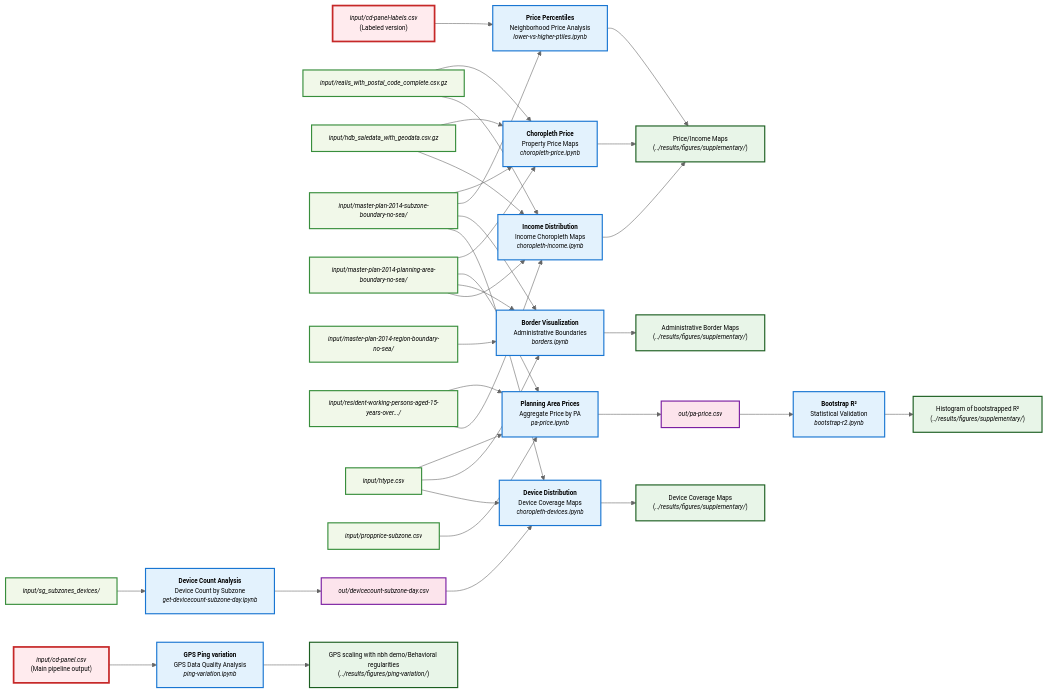
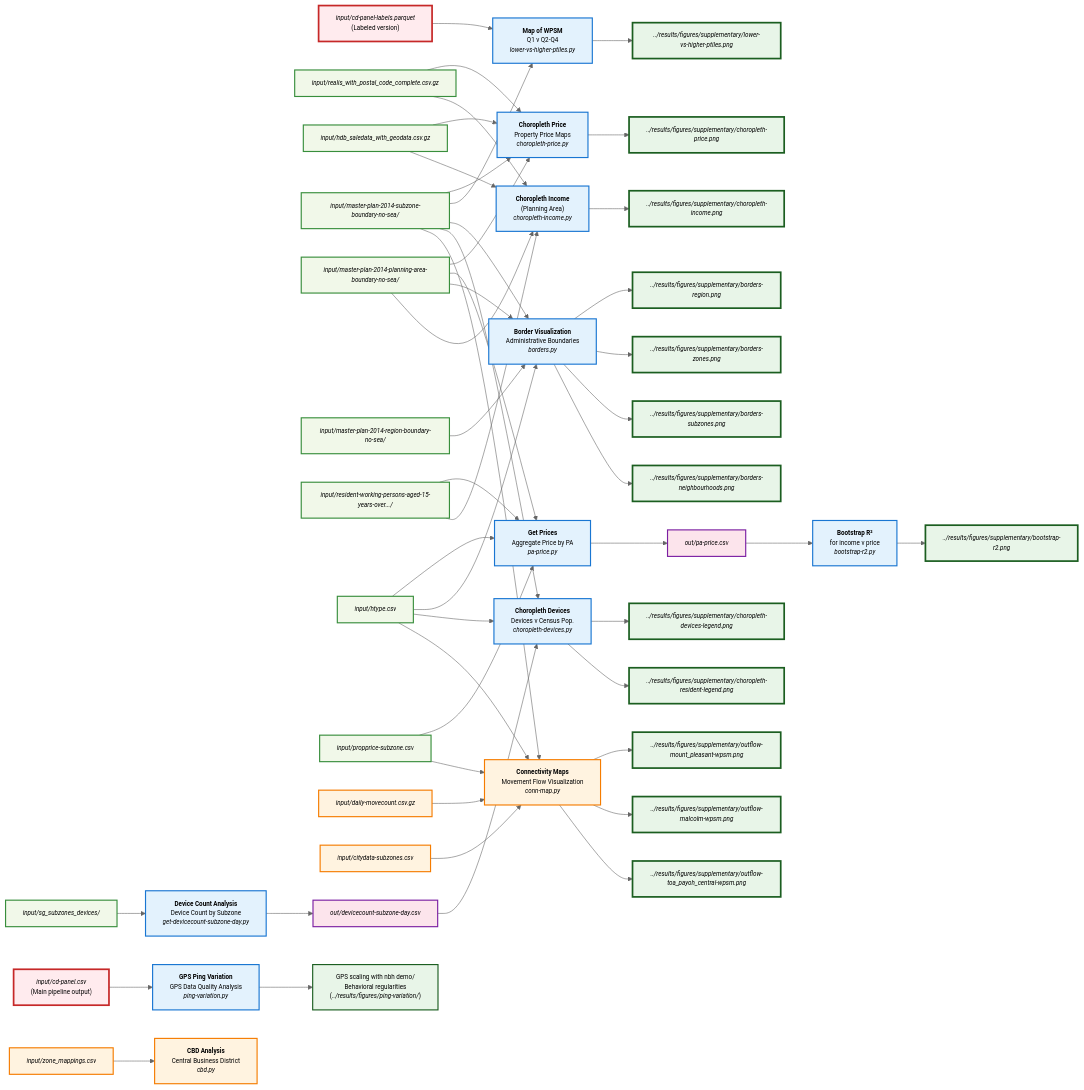
Before and after one commit to LSYS/nbhmv: the diagram in assets/geo.mmd, drawn with Mermaid (neutral theme). The commit also changed 181 other files, not shown here.

```diff
--- a/assets/geo.mmd
+++ b/assets/geo.mmd
@@ -1,101 +1,137 @@
 %%{init: {"flowchart": {"htmlLabels": true}}}%%
 graph LR
     %% Input Data Sources (all from input/ folder)
     CDPanel["<i>input/cd-panel.csv</i><br/>(Main pipeline output)"]
-    CDPanelLabeled["<i>input/cd-panel-labels.csv</i><br/>(Labeled version)"]
+    CDPanelLabeled["<i>input/cd-panel-labels.parquet</i><br/>(Labeled version)"]
     REALISData["<i>input/realis_with_postal_code_complete.csv.gz</i>"]
     HDBData["<i>input/hdb_saledata_with_geodata.csv.gz</i>"]
     SubzoneShapefiles["<i>input/master-plan-2014-subzone-boundary-no-sea/</i>"]
     PAShapefiles["<i>input/master-plan-2014-planning-area-boundary-no-sea/</i>"]
     RegionShapefiles["<i>input/master-plan-2014-region-boundary-no-sea/</i>"]
     IncomeData["<i>input/resident-working-persons-aged-15-years-over.../</i>"]
     HtypeData["<i>input/htype.csv</i>"]
     DeviceRaw["<i>input/sg_subzones_devices/</i>"]
     PropPriceData["<i>input/propprice-subzone.csv</i>"]
+    MovementData["<i>input/daily-movecount.csv.gz</i>"]
+    CityDataSubzones["<i>input/citydata-subzones.csv</i>"]
+    ZoneMappings["<i>input/zone_mappings.csv</i>"]
     
     %% Analysis Scripts (now .ipynb)
-    ChoroplethPrice["<b>Choropleth Price</b><br/>Property Price Maps<br/><i>choropleth-price.ipynb</i>"]
-    DeviceCount["<b>Device Count Analysis</b><br/>Device Count by Subzone<br/><i>get-devicecount-subzone-day.ipynb</i>"]
-    PricePercentiles["<b>Price Percentiles</b><br/>Neighborhood Price Analysis<br/><i>lower-vs-higher-ptiles.ipynb</i>"]
-    PAPrice["<b>Planning Area Prices</b><br/>Aggregate Price by PA<br/><i>pa-price.ipynb</i>"]
-    PingVariation["<b>GPS Ping variation</b><br/>GPS Data Quality Analysis<br/><i>ping-variation.ipynb</i>"]
-    BootstrapR2["<b>Bootstrap R²</b><br/>Statistical Validation<br/><i>bootstrap-r2.ipynb</i>"]
-    Borders["<b>Border Visualization</b><br/>Administrative Boundaries<br/><i>borders.ipynb</i>"]
-    ChoroplethDevices["<b>Device Distribution</b><br/>Device Coverage Maps<br/><i>choropleth-devices.ipynb</i>"]
-    ChoroplethIncome["<b>Income Distribution</b><br/>Income Choropleth Maps<br/><i>choropleth-income.ipynb</i>"]
+    ChoroplethPrice["<b>Choropleth Price</b><br/>Property Price Maps<br/><i>choropleth-price.py</i>"]
+    DeviceCount["<b>Device Count Analysis</b><br/>Device Count by Subzone<br/><i>get-devicecount-subzone-day.py</i>"]
+    PricePercentiles["<b>Map of WPSM</b><br/>Q1 v Q2-Q4<br/><i>lower-vs-higher-ptiles.py</i>"]
+    PAPrice["<b>Get Prices</b><br/>Aggregate Price by PA<br/><i>pa-price.py</i>"]
+    PingVariation["<b>GPS Ping Variation</b><br/>GPS Data Quality Analysis<br/><i>ping-variation.py</i>"]
+    BootstrapR2["<b>Bootstrap R²</b><br/>for income v price<br/><i>bootstrap-r2.py</i>"]
+    Borders["<b>Border Visualization</b><br/>Administrative Boundaries<br/><i>borders.py</i>"]
+    ChoroplethDevices["<b>Choropleth Devices</b><br/>Devices v Census Pop.<br/><i>choropleth-devices.py</i>"]
+    ChoroplethIncome["<b>Choropleth Income</b><br/>(Planning Area)<br/><i>choropleth-income.py</i>"]
+    ConnMap["<b>Connectivity Maps</b><br/>Movement Flow Visualization<br/><i>conn-map.py</i>"]
+    CBDAnalysis["<b>CBD Analysis</b><br/>Central Business District<br/><i>cbd.py</i>"]
     
     %% Output Files (to out/ folder)
     DeviceCountOutput["<i>out/devicecount-subzone-day.csv</i>"]
     PAPriceOutput["<i>out/pa-price.csv</i>"]
     
     %% Final Outputs (Figures to ../results/figures/)
-    PriceMaps["Price/Income Maps<br/>(<i>../results/figures/supplementary/</i>)"]
-    DeviceMaps["Device Coverage Maps<br/>(<i>../results/figures/supplementary/</i>)"]
-    StatisticalPlots["GPS scaling with nbh demo/Behavioral regularities<br/>(<i>../results/figures/ping-variation/</i>)"]
-    BorderMaps["Administrative Border Maps<br/>(<i>../results/figures/supplementary/</i>)"]
-    ValidationPlots["Histogram of bootstrapped R²<br/>(<i>../results/figures/supplementary/</i>)"]
+    ChoroplethPriceOutput["<i>../results/figures/supplementary/choropleth-price.png</i>"]
+    ChoroplethIncomeOutput["<i>../results/figures/supplementary/choropleth-income.png</i>"]
+    LowerVsHigherPtilesOutput["<i>../results/figures/supplementary/lower-vs-higher-ptiles.png</i>"]
+    ChoroplethDevicesOutput["<i>../results/figures/supplementary/choropleth-devices-legend.png</i>"]
+    ChoroplethResidentOutput["<i>../results/figures/supplementary/choropleth-resident-legend.png</i>"]
+    StatisticalPlots["GPS scaling with nbh demo/<br/>Behavioral regularities<br/>(<i>../results/figures/ping-variation/</i>)"]
+    BootstrapR2Output["<i>../results/figures/supplementary/bootstrap-r2.png</i>"]
+    BordersRegionOutput["<i>../results/figures/supplementary/borders-region.png</i>"]
+    BordersZonesOutput["<i>../results/figures/supplementary/borders-zones.png</i>"]
+    BordersSubzonesOutput["<i>../results/figures/supplementary/borders-subzones.png</i>"]
+    BordersNeighbourhoodsOutput["<i>../results/figures/supplementary/borders-neighbourhoods.png</i>"]
+    OutflowMountPleasantOutput["<i>../results/figures/supplementary/outflow-mount_pleasant-wpsm.png</i>"]
+    OutflowMalcolmOutput["<i>../results/figures/supplementary/outflow-malcolm-wpsm.png</i>"]
+    OutflowToaPayohOutput["<i>../results/figures/supplementary/outflow-toa_payoh_central-wpsm.png</i>"]
     
-    %% Dependencies
+    %% Dependencies for existing analyses
     REALISData --> ChoroplethPrice
     HDBData --> ChoroplethPrice
     PAShapefiles --> ChoroplethPrice
     SubzoneShapefiles --> ChoroplethPrice
     
     DeviceRaw --> DeviceCount
     
     CDPanelLabeled --> PricePercentiles
     SubzoneShapefiles --> PricePercentiles
     
     PropPriceData --> PAPrice
     HtypeData --> PAPrice
     PAShapefiles --> PAPrice
     IncomeData --> PAPrice
     
     CDPanel --> PingVariation
     
     PAPriceOutput --> BootstrapR2
     
     SubzoneShapefiles --> Borders
     PAShapefiles --> Borders
     RegionShapefiles --> Borders
     HtypeData --> Borders
     
     DeviceCountOutput --> ChoroplethDevices
     SubzoneShapefiles --> ChoroplethDevices
     HtypeData --> ChoroplethDevices
     
     REALISData --> ChoroplethIncome
     HDBData --> ChoroplethIncome
     PAShapefiles --> ChoroplethIncome
     IncomeData --> ChoroplethIncome
     
+    %% New dependencies for connectivity mapping
+    SubzoneShapefiles --> ConnMap
+    CityDataSubzones --> ConnMap
+    HtypeData --> ConnMap
+    PropPriceData --> ConnMap
+    MovementData --> ConnMap
+    
+    %% CBD Analysis dependencies
+    ZoneMappings --> CBDAnalysis
+    
     %% Intermediate file creation
     DeviceCount --> DeviceCountOutput
     PAPrice --> PAPriceOutput
     
     %% Final outputs
-    ChoroplethPrice --> PriceMaps
-    PricePercentiles --> PriceMaps
-    ChoroplethIncome --> PriceMaps
+    ChoroplethPrice --> ChoroplethPriceOutput
+    ChoroplethIncome --> ChoroplethIncomeOutput
+    PricePercentiles --> LowerVsHigherPtilesOutput
     
-    ChoroplethDevices --> DeviceMaps
+    ChoroplethDevices --> ChoroplethDevicesOutput
+    ChoroplethDevices --> ChoroplethResidentOutput
     
     PingVariation --> StatisticalPlots
     
-    BootstrapR2 --> ValidationPlots
+    BootstrapR2 --> BootstrapR2Output
     
-    Borders --> BorderMaps
+    Borders --> BordersRegionOutput
+    Borders --> BordersZonesOutput
+    Borders --> BordersSubzonesOutput
+    Borders --> BordersNeighbourhoodsOutput
+    
+    ConnMap --> OutflowMountPleasantOutput
+    ConnMap --> OutflowMalcolmOutput
+    ConnMap --> OutflowToaPayohOutput
     
     %% Styling
     classDef analysis fill:#e3f2fd,stroke:#1976d2,stroke-width:2px
     classDef input fill:#f1f8e9,stroke:#388e3c,stroke-width:2px
     classDef intermediate fill:#fce4ec,stroke:#7b1fa2,stroke-width:2px
     classDef output fill:#e8f5e8,stroke:#1b5e20,stroke-width:2px
     classDef main fill:#ffebee,stroke:#c62828,stroke-width:3px
+    classDef new fill:#fff3e0,stroke:#f57c00,stroke-width:2px
+    classDef final fill:#e8f5e8,stroke:#1b5e20,stroke-width:3px
     classDef default fill:#e3f2fd,stroke:#1976d2,stroke-width:2px,font-size:11px,padding:0px
     
     class ChoroplethPrice,DeviceCount,PricePercentiles,PAPrice,PingVariation,BootstrapR2,Borders,ChoroplethDevices,ChoroplethIncome analysis
     class REALISData,HDBData,SubzoneShapefiles,PAShapefiles,RegionShapefiles,IncomeData,HtypeData,DeviceRaw,PropPriceData input
     class DeviceCountOutput,PAPriceOutput intermediate
-    class PriceMaps,DeviceMaps,StatisticalPlots,BorderMaps,ValidationPlots output
+    class StatisticalPlots output
     class CDPanel,CDPanelLabeled main
+    class ConnMap,CBDAnalysis,MovementData,CityDataSubzones,ZoneMappings new
+    class ChoroplethPriceOutput,ChoroplethIncomeOutput,LowerVsHigherPtilesOutput,ChoroplethDevicesOutput,ChoroplethResidentOutput,BootstrapR2Output,BordersRegionOutput,BordersZonesOutput,BordersSubzonesOutput,BordersNeighbourhoodsOutput,OutflowMountPleasantOutput,OutflowMalcolmOutput,OutflowToaPayohOutput final
```
